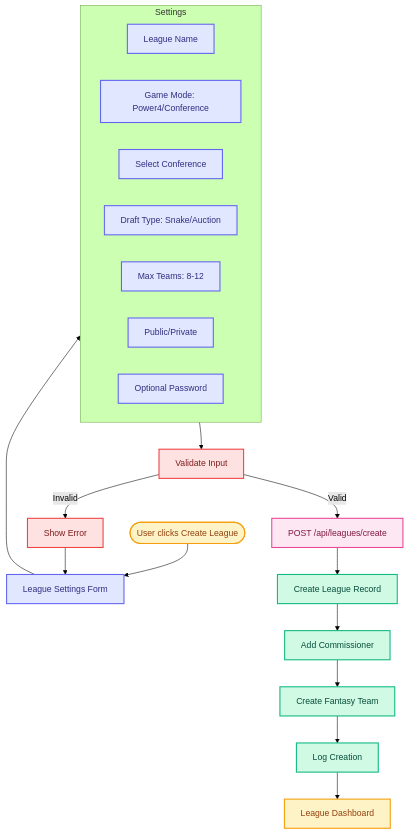
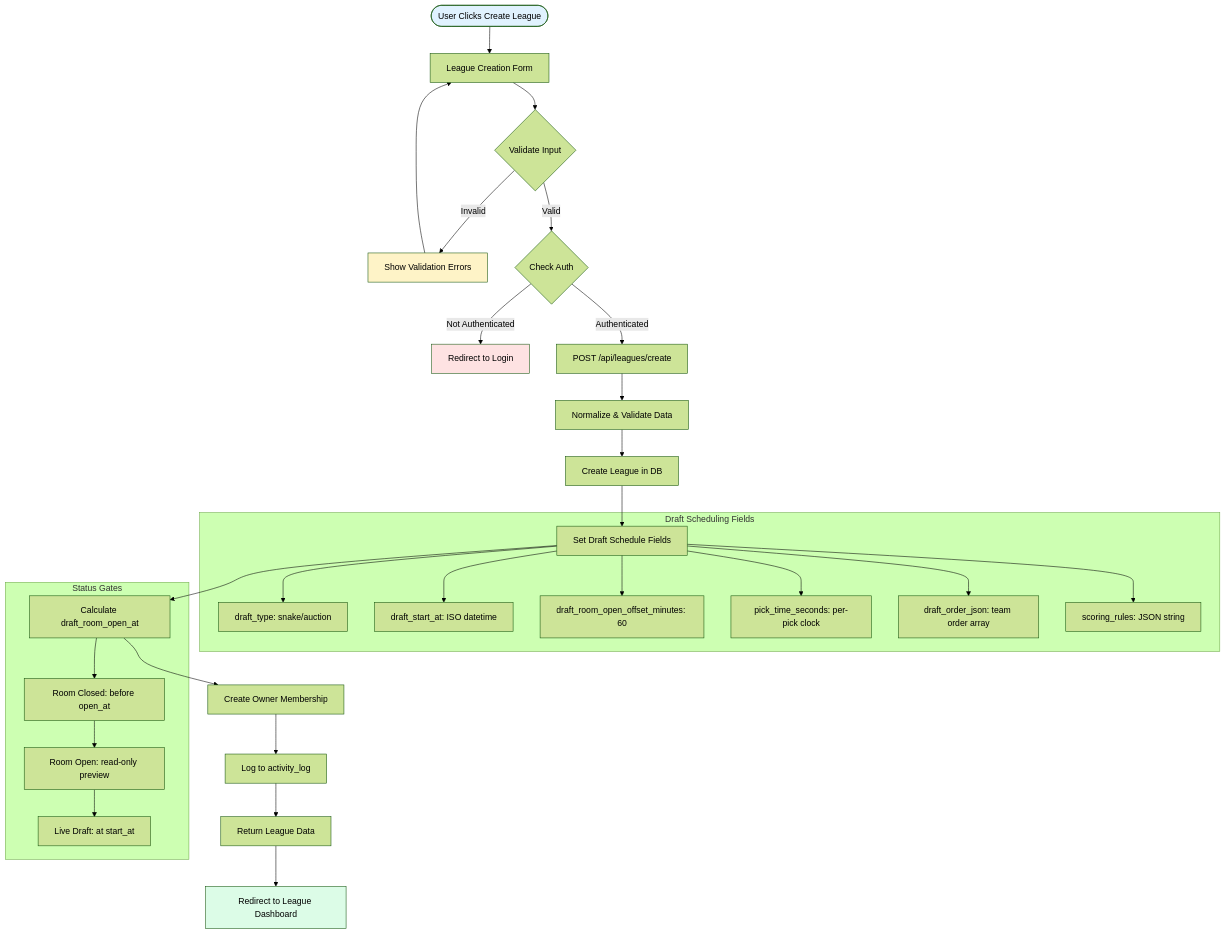
One commit to kpm34/college-football-fantasy-app changed the first of 2 diagrams in docs/diagrams/functional-architecture/create-league.md. Above: the diagram before and after it, drawn with Mermaid (forest theme). The commit also changed other lines of this file and 3 other files, not shown here.

````diff
--- a/docs/diagrams/functional-architecture/create-league.md
+++ b/docs/diagrams/functional-architecture/create-league.md
@@ -14,45 +13,41 @@
 ```mermaid
-flowchart TB
-  classDef user fill:#fef3c7,stroke:#f59e0b,stroke-width:2,color:#92400e
-  classDef form fill:#e0e7ff,stroke:#6366f1,stroke-width:2,color:#312e81
-  classDef api fill:#fce7f3,stroke:#ec4899,stroke-width:2,color:#831843
-  classDef db fill:#d1fae5,stroke:#10b981,stroke-width:2,color:#064e3b
-  classDef validate fill:#fee2e2,stroke:#ef4444,stroke-width:2,color:#7f1d1d
-  
-  Start([User clicks Create League]):::user
-  Form[League Settings Form]:::form
-  
-  subgraph Settings
-    Name[League Name]:::form
-    Type[Game Mode: Power4/Conference]:::form
-    Conf[Select Conference]:::form
-    Draft[Draft Type: Snake/Auction]:::form
-    Teams[Max Teams: 8-12]:::form
-    Privacy[Public/Private]:::form
-    Password[Optional Password]:::form
-  end
-  
-  Validate[Validate Input]:::validate
-  API[POST /api/leagues/create]:::api
-  
-  CreateLeague[Create League Record]:::db
-  CreateMembership[Add Commissioner]:::db
-  CreateTeam[Create Fantasy Team]:::db
-  ActivityLog[Log Creation]:::db
-  
-  Success[League Dashboard]:::user
-  Error[Show Error]:::validate
-  
-  Start --> Form
-  Form --> Settings
-  Settings --> Validate
-  Validate -->|Valid| API
-  Validate -->|Invalid| Error
-  Error --> Form
-  
-  API --> CreateLeague
-  CreateLeague --> CreateMembership
-  CreateMembership --> CreateTeam
-  CreateTeam --> ActivityLog
-  ActivityLog --> Success
+flowchart TD
+    Start([User Clicks Create League]) --> Form[League Creation Form]
+    Form --> Validate{Validate Input}
+    Validate -->|Invalid| ShowError[Show Validation Errors]
+    ShowError --> Form
+    Validate -->|Valid| AuthCheck{Check Auth}
+    AuthCheck -->|Not Authenticated| LoginRedirect[Redirect to Login]
+    AuthCheck -->|Authenticated| APICall[POST /api/leagues/create]
+    
+    APICall --> Normalize[Normalize & Validate Data]
+    Normalize --> CreateLeague[Create League in DB]
+    
+    CreateLeague --> SetSchedule[Set Draft Schedule Fields]
+    SetSchedule --> CalcOpenTime[Calculate draft_room_open_at]
+    CalcOpenTime --> CreateMembership[Create Owner Membership]
+    
+    CreateMembership --> LogActivity[Log to activity_log]
+    LogActivity --> Response[Return League Data]
+    Response --> Redirect[Redirect to League Dashboard]
+    
+    subgraph "Draft Scheduling Fields"
+        SetSchedule --> DS1[draft_type: snake/auction]
+        SetSchedule --> DS2[draft_start_at: ISO datetime]
+        SetSchedule --> DS3[draft_room_open_offset_minutes: 60]
+        SetSchedule --> DS4[pick_time_seconds: per-pick clock]
+        SetSchedule --> DS5[draft_order_json: team order array]
+        SetSchedule --> DS6[scoring_rules: JSON string]
+    end
+    
+    subgraph "Status Gates"
+        CalcOpenTime --> SG1[Room Closed: before open_at]
+        SG1 --> SG2[Room Open: read-only preview]
+        SG2 --> SG3[Live Draft: at start_at]
+    end
+    
+    style Start fill:#e0f2fe
+    style Redirect fill:#dcfce7
+    style LoginRedirect fill:#fee2e2
+    style ShowError fill:#fef3c7
 ```
````
